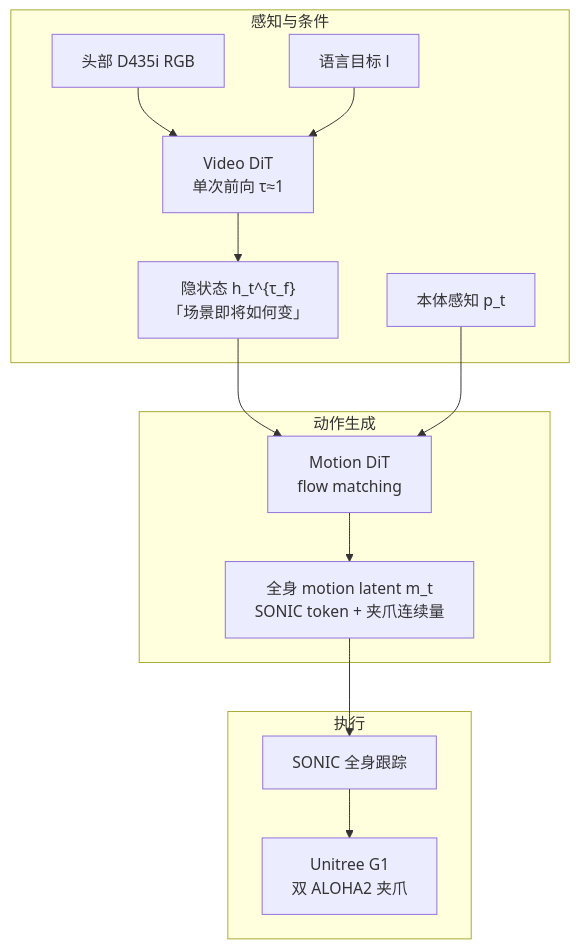
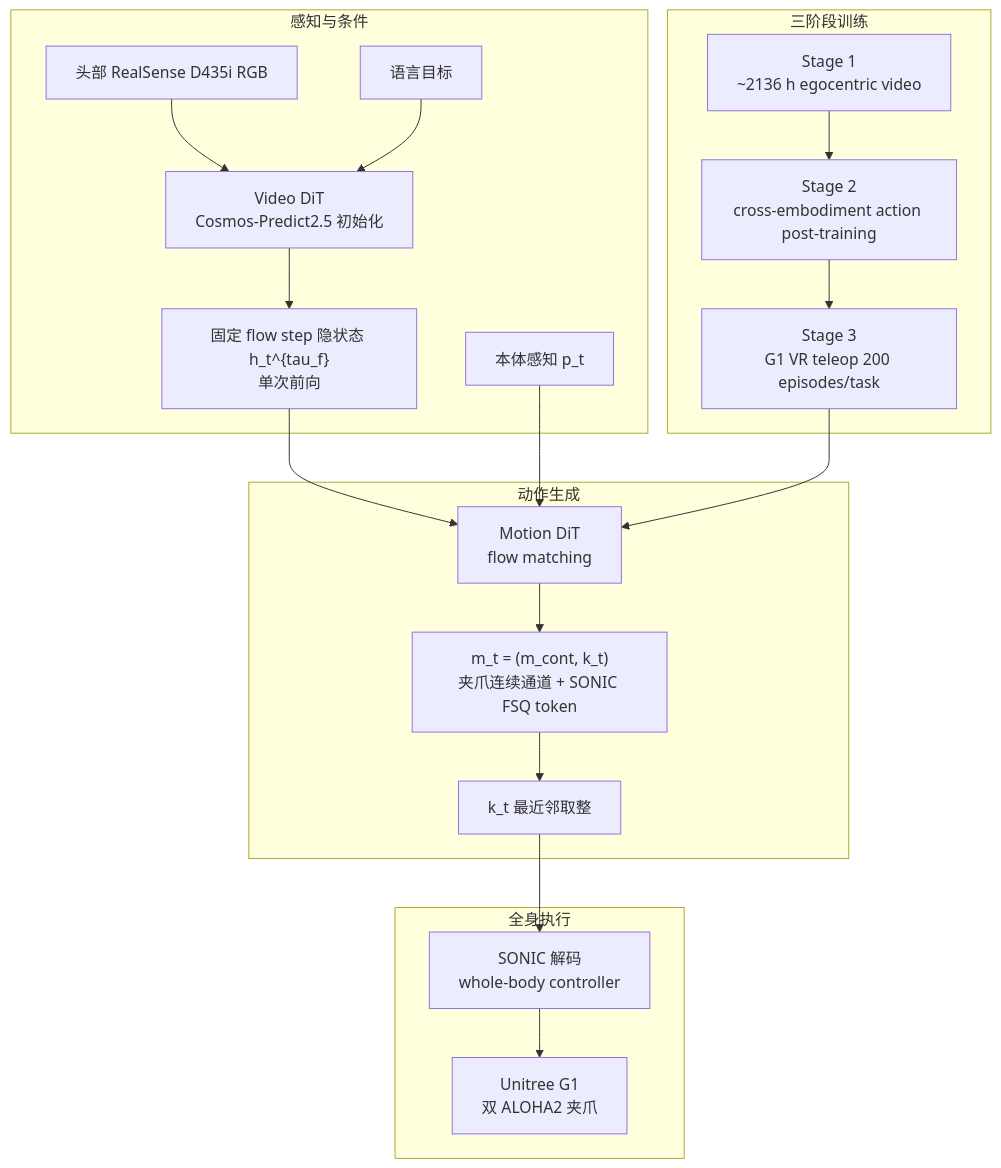
One commit to ImChong/Robotics_Notebooks changed the diagram in wiki/entities/paper-motionwam-humanoid-loco-manipulation-wam.md. Above: the diagram before and after it, drawn with Mermaid. The commit also changed other lines of this file and 87 other files, not shown here.

````diff
--- a/wiki/entities/paper-motionwam-humanoid-loco-manipulation-wam.md
+++ b/wiki/entities/paper-motionwam-humanoid-loco-manipulation-wam.md
@@ -79,20 +79,28 @@
 ```mermaid
 flowchart TB
   subgraph sense [感知与条件]
-    RGB[头部 D435i RGB]
-    PROP[本体感知 p_t]
-    LANG[语言目标 l]
-    RGB --> VID[Video DiT\n单次前向 τ≈1]
-    LANG --> VID
-    VID --> H["隐状态 h_t^{τ_f}\n「场景即将如何变」"]
+    cam["头部 RealSense D435i RGB"]
+    lang["语言目标"]
+    prop["本体感知 p_t"]
+    cam --> video["Video DiT\nCosmos-Predict2.5 初始化"]
+    lang --> video
+    video --> hidden["固定 flow step 隐状态 h_t^{tau_f}\n单次前向"]
   end
   subgraph act [动作生成]
-    H --> MOT[Motion DiT\nflow matching]
-    PROP --> MOT
-    MOT --> M["全身 motion latent m_t\nSONIC token + 夹爪连续量"]
+    hidden --> motion["Motion DiT\nflow matching"]
+    prop --> motion
+    motion --> token["m_t = (m_cont, k_t)\n夹爪连续通道 + SONIC FSQ token"]
+    token --> round["k_t 最近邻取整"]
   end
-  subgraph exec [执行]
-    M --> SONIC[SONIC 全身跟踪]
-    SONIC --> G1[Unitree G1\n双 ALOHA2 夹爪]
+  subgraph exec [全身执行]
+    round --> sonic["SONIC 解码\nwhole-body controller"]
+    sonic --> g1["Unitree G1\n双 ALOHA2 夹爪"]
   end
+  subgraph train [三阶段训练]
+    s1["Stage 1\n~2136 h egocentric video"]
+    s2["Stage 2\ncross-embodiment action post-training"]
+    s3["Stage 3\nG1 VR teleop 200 episodes/task"]
+    s1 --> s2 --> s3
+  end
+  s3 --> motion
 ```
````
